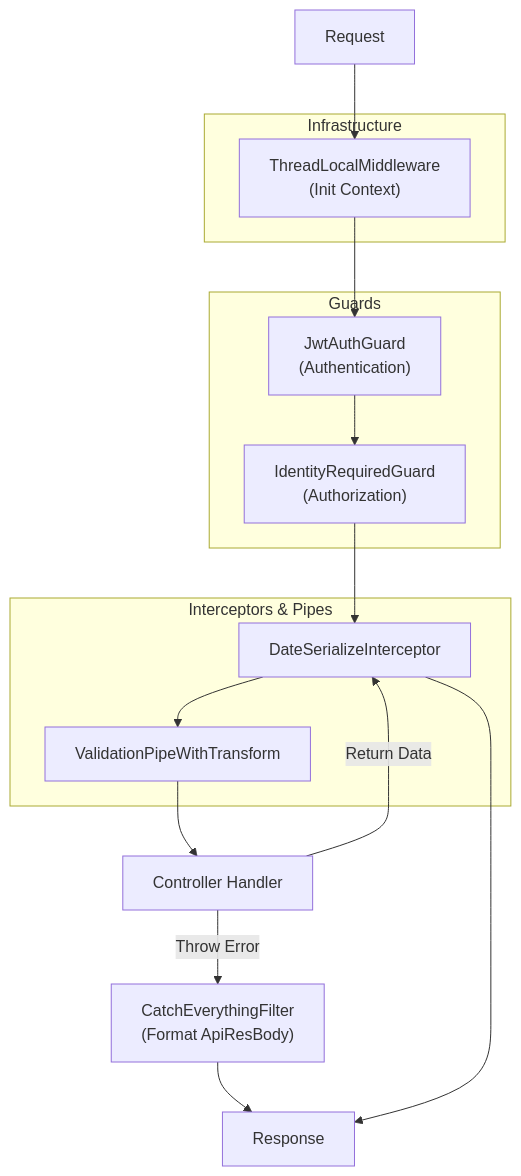
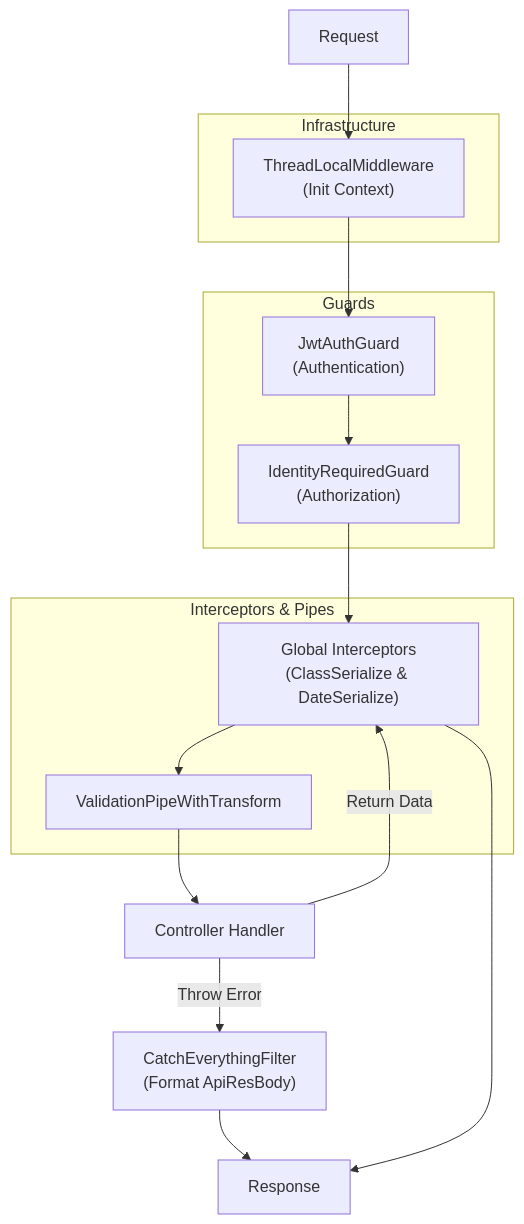
Before and after one commit to 1842288071qq-afk/thomas-nestjs-packages: the diagram in docs/development/intro.md, drawn with Mermaid. The commit also changed other lines of this file and 3 other files, not shown here.

````diff
--- a/docs/development/intro.md
+++ b/docs/development/intro.md
@@ -55,26 +64,26 @@
 ```mermaid
 flowchart TD
-    Request --> Middleware
-    subgraph Infrastructure
-        Middleware["ThreadLocalMiddleware\n(Init Context)"]
-    end
-    
-    Middleware --> Guard
-    
-    subgraph Guards
-        Guard["JwtAuthGuard\n(Authentication)"] --> BizGuard["IdentityRequiredGuard\n(Authorization)"]
-    end
-    
-    BizGuard --> Interceptor
-    
-    subgraph Interceptors & Pipes
-        Interceptor["DateSerializeInterceptor"] --> Pipe["ValidationPipeWithTransform"]
-    end
-    
-    Pipe --> Controller["Controller Handler"]
-    
-    Controller -- "Throw Error" --> Filter["CatchEverythingFilter\n(Format ApiResBody)"]
-    Controller -- "Return Data" --> Interceptor
-    Filter --> Response
-    Interceptor --> Response
+        Request --> Middleware
+        subgraph Infrastructure
+                Middleware["ThreadLocalMiddleware\n(Init Context)"]
+        end
+
+        Middleware --> Guard
+
+        subgraph Guards
+                Guard["JwtAuthGuard\n(Authentication)"] --> BizGuard["IdentityRequiredGuard\n(Authorization)"]
+        end
+
+        BizGuard --> Interceptor
+
+        subgraph Interceptors & Pipes
+                Interceptor["Global Interceptors\n(ClassSerialize & DateSerialize)"] --> Pipe["ValidationPipeWithTransform"]
+        end
+
+        Pipe --> Controller["Controller Handler"]
+
+        Controller -- "Throw Error" --> Filter["CatchEverythingFilter\n(Format ApiResBody)"]
+        Controller -- "Return Data" --> Interceptor
+        Filter --> Response
+        Interceptor --> Response
 ```
````
